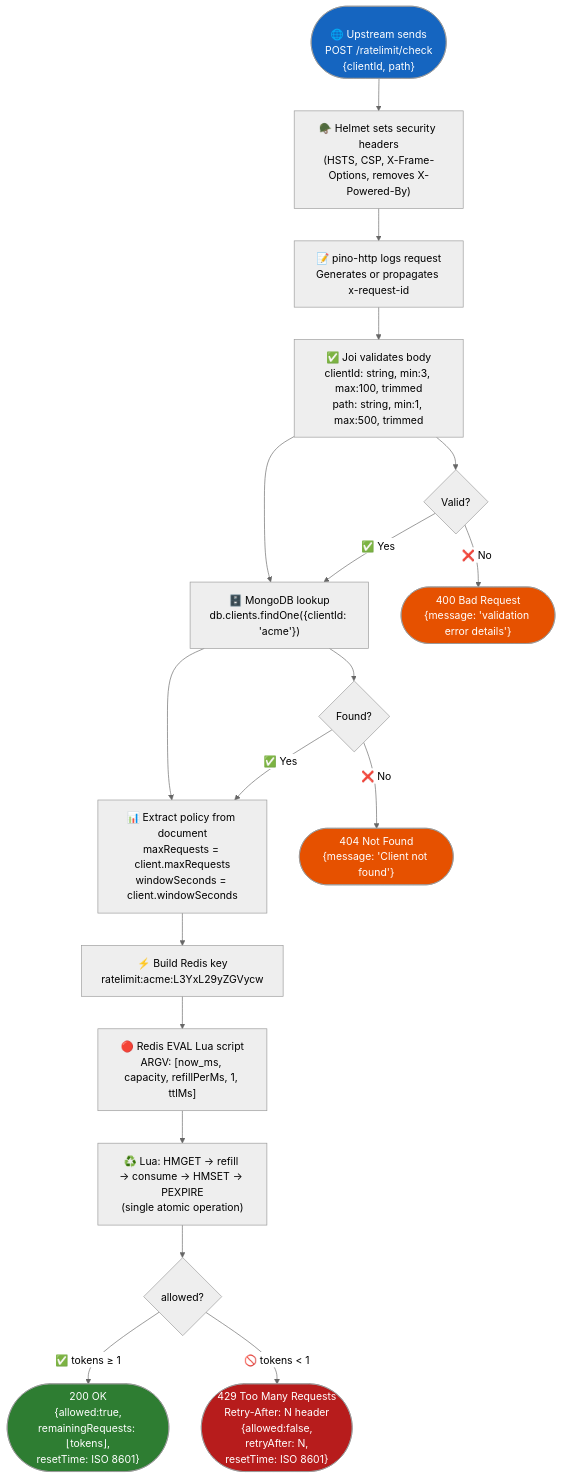
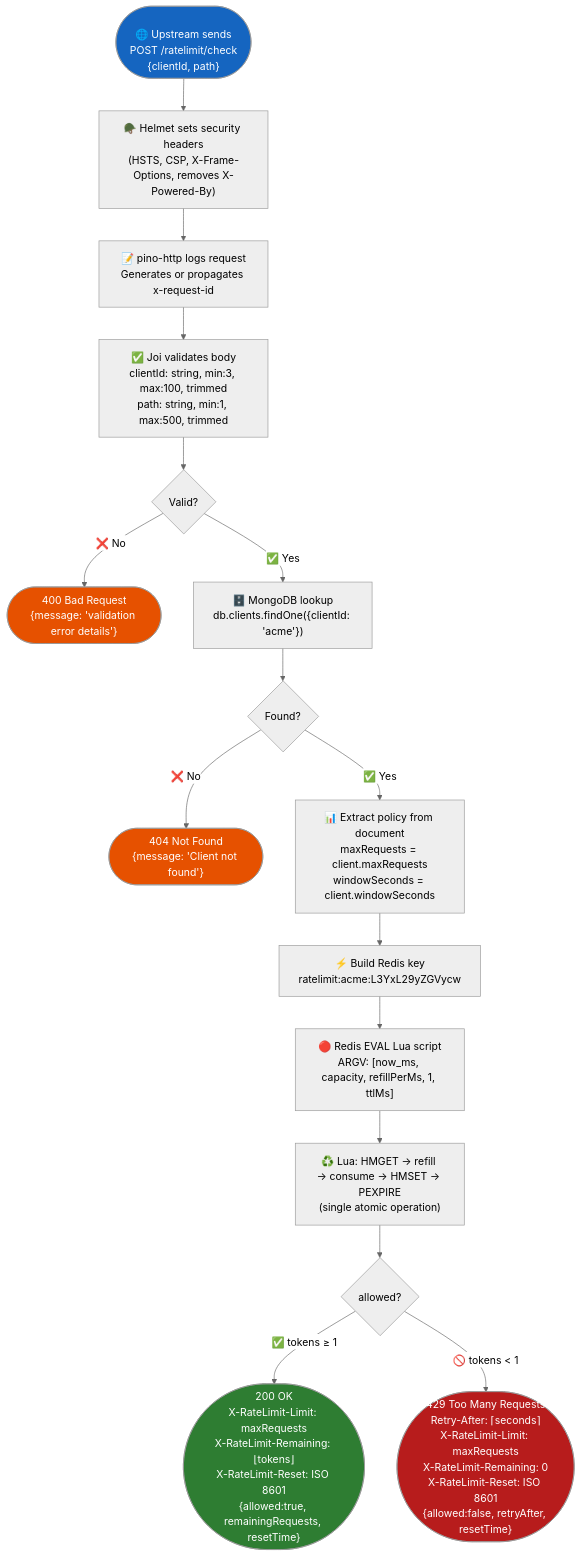
One commit to ramalokeshreddyp/RateGuard changed the seventh of 16 diagrams in projectdocumentation.md. Above: the diagram before and after it, drawn with Mermaid (neutral theme). The commit also changed other lines of this file and 2 other files, not shown here.

Commit message:
docs: comprehensive rewrite of README, ARCHITECTURE, and projectdocumentation (v2.0) - 43 tests, GET /clients/:id, X-RateLimit-* headers, BCRYPT_ROUNDS, ioredis-mock, .dockerignore

````diff
--- a/projectdocumentation.md
+++ b/projectdocumentation.md
@@ -302,38 +322,38 @@
 ```mermaid
 flowchart TD
     START(["\n🌐 Upstream sends\nPOST /ratelimit/check\n{clientId, path}\n"]) --> A
 
     A["🪖 Helmet sets security headers\n(HSTS, CSP, X-Frame-Options, removes X-Powered-By)"] --> B
 
     B["📝 pino-http logs request\nGenerates or propagates x-request-id"] --> C
 
-    C["✅ Joi validates body\nclientId: string, min:3, max:100, trimmed\npath: string, min:1, max:500, trimmed"] --> D1 & D2
+    C["✅ Joi validates body\nclientId: string, min:3, max:100, trimmed\npath: string, min:1, max:500, trimmed"] --> D1
 
     D1{Valid?}
     D1 -->|"❌ No"| R400(["400 Bad Request\n{message: 'validation error details'}"])
     D1 -->|"✅ Yes"| D2
 
-    D2["🗄️ MongoDB lookup\ndb.clients.findOne({clientId: 'acme'})"] --> E1 & E2
+    D2["🗄️ MongoDB lookup\ndb.clients.findOne({clientId: 'acme'})"] --> E1
 
     E1{Found?}
     E1 -->|"❌ No"| R404(["404 Not Found\n{message: 'Client not found'}"])
     E1 -->|"✅ Yes"| E2
 
     E2["📊 Extract policy from document\nmaxRequests = client.maxRequests\nwindowSeconds = client.windowSeconds"] --> F
 
     F["⚡ Build Redis key\nratelimit:acme:L3YxL29yZGVycw"] --> G
 
     G["🔴 Redis EVAL Lua script\nARGV: [now_ms, capacity, refillPerMs, 1, ttlMs]"] --> H
 
     H["♻️ Lua: HMGET → refill → consume → HMSET → PEXPIRE\n(single atomic operation)"] --> I
 
     I{allowed?}
-    I -->|"✅ tokens ≥ 1"| R200(["200 OK\n{allowed:true,\nremainingRequests: ⌊tokens⌋,\nresetTime: ISO 8601}"])
-    I -->|"🚫 tokens < 1"| R429(["429 Too Many Requests\nRetry-After: N header\n{allowed:false,\nretryAfter: N,\nresetTime: ISO 8601}"])
+    I -->|"✅ tokens ≥ 1"| R200(["200 OK\nX-RateLimit-Limit: maxRequests\nX-RateLimit-Remaining: ⌊tokens⌋\nX-RateLimit-Reset: ISO 8601\n{allowed:true, remainingRequests, resetTime}"])
+    I -->|"🚫 tokens < 1"| R429(["429 Too Many Requests\nRetry-After: ⌈seconds⌉\nX-RateLimit-Limit: maxRequests\nX-RateLimit-Remaining: 0\nX-RateLimit-Reset: ISO 8601\n{allowed:false, retryAfter, resetTime}"])
 
     style START fill:#1565C0,color:#fff
     style R400 fill:#e65100,color:#fff
     style R404 fill:#e65100,color:#fff
     style R200 fill:#2e7d32,color:#fff
     style R429 fill:#b71c1c,color:#fff
 ```
````
